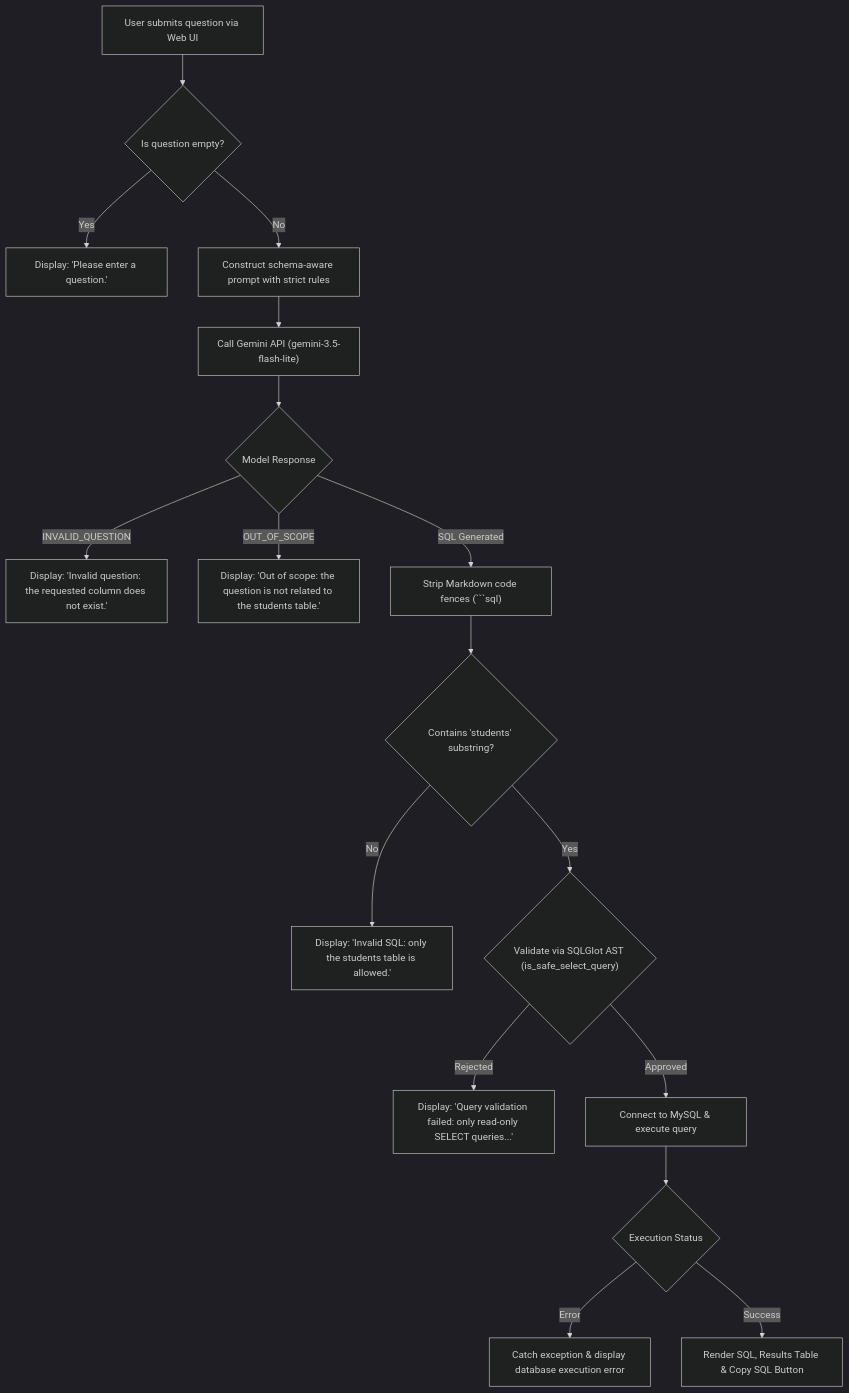
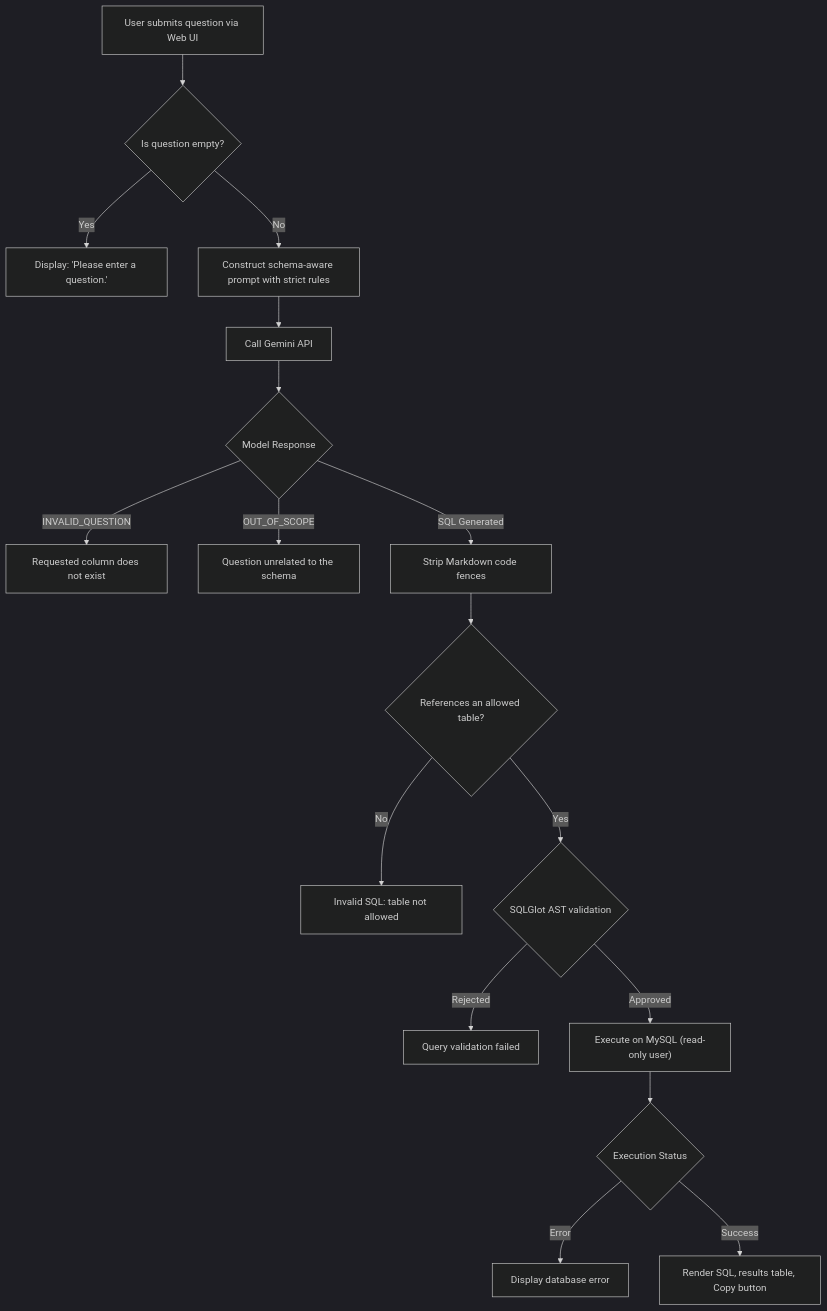
One commit to om-saxena34/Text-to-SQL-Project changed the diagram in README.md. Above: the diagram before and after it, drawn with Mermaid (dark theme). The commit also changed other lines of this file, not shown here.

````diff
--- a/README.md
+++ b/README.md
@@ -21,19 +26,19 @@
 ```mermaid
 flowchart TD
     User["User submits question via Web UI"] --> CheckEmpty{"Is question empty?"}
     CheckEmpty -- "Yes" --> ErrEmpty["Display: 'Please enter a question.'"]
     CheckEmpty -- "No" --> PromptGen["Construct schema-aware prompt with strict rules"]
-    PromptGen --> GeminiAPI["Call Gemini API (gemini-3.5-flash-lite)"]
+    PromptGen --> GeminiAPI["Call Gemini API"]
     GeminiAPI --> RespCheck{"Model Response"}
-    RespCheck -- "INVALID_QUESTION" --> ErrInv["Display: 'Invalid question: the requested column does not exist.'"]
-    RespCheck -- "OUT_OF_SCOPE" --> ErrScope["Display: 'Out of scope: the question is not related to the students table.'"]
-    RespCheck -- "SQL Generated" --> CleanSQL["Strip Markdown code fences (```sql)"]
-    CleanSQL --> CheckTable{"Contains 'students' substring?"}
-    CheckTable -- "No" --> ErrTable["Display: 'Invalid SQL: only the students table is allowed.'"]
-    CheckTable -- "Yes" --> ValidateAST{"Validate via SQLGlot AST (is_safe_select_query)"}
-    ValidateAST -- "Rejected" --> ErrVal["Display: 'Query validation failed: only read-only SELECT queries...'"]
-    ValidateAST -- "Approved" --> RunDB["Connect to MySQL & execute query"]
+    RespCheck -- "INVALID_QUESTION" --> ErrInv["Requested column does not exist"]
+    RespCheck -- "OUT_OF_SCOPE" --> ErrScope["Question unrelated to the schema"]
+    RespCheck -- "SQL Generated" --> CleanSQL["Strip Markdown code fences"]
+    CleanSQL --> CheckTable{"References an allowed table?"}
+    CheckTable -- "No" --> ErrTable["Invalid SQL: table not allowed"]
+    CheckTable -- "Yes" --> ValidateAST{"SQLGlot AST validation"}
+    ValidateAST -- "Rejected" --> ErrVal["Query validation failed"]
+    ValidateAST -- "Approved" --> RunDB["Execute on MySQL (read-only user)"]
     RunDB --> DBCheck{"Execution Status"}
-    DBCheck -- "Error" --> ErrDB["Catch exception & display database execution error"]
-    DBCheck -- "Success" --> ShowResults["Render SQL, Results Table & Copy SQL Button"]
+    DBCheck -- "Error" --> ErrDB["Display database error"]
+    DBCheck -- "Success" --> ShowResults["Render SQL, results table, Copy button"]
 ```
````
